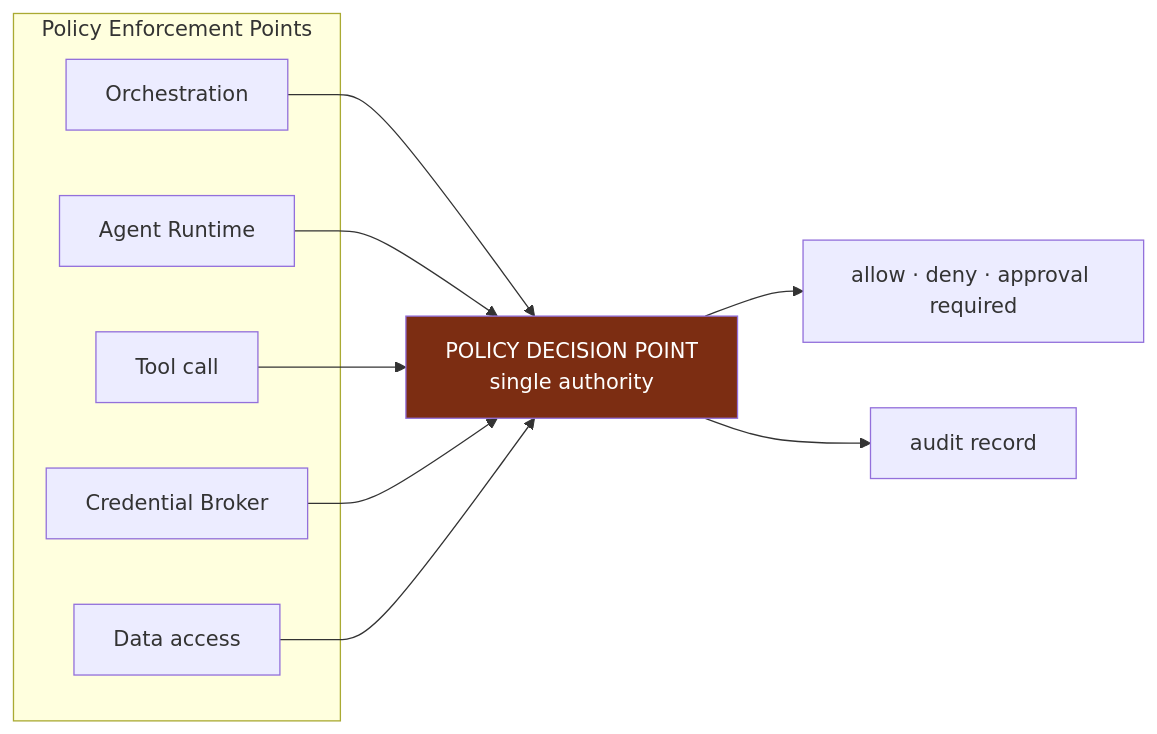
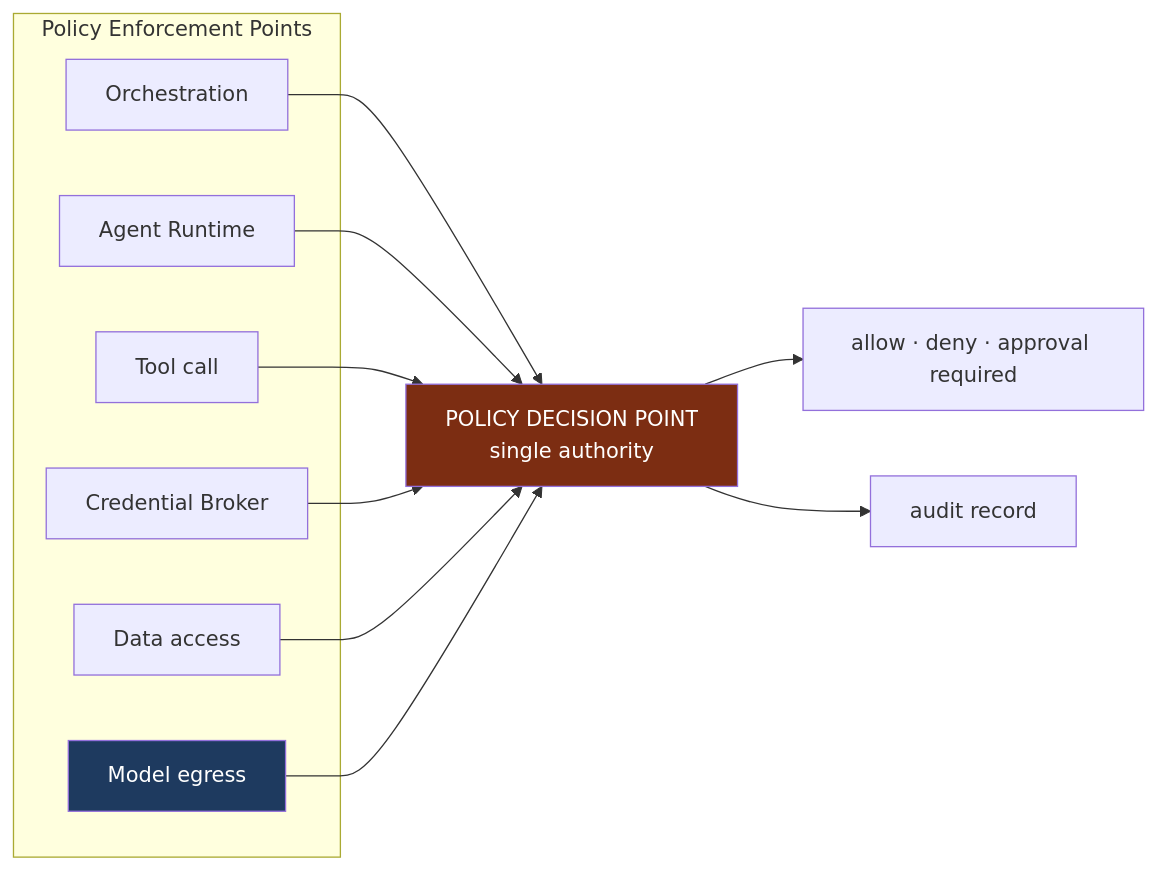
One commit to Jamersontech/Nova changed the diagram in docs/architecture/PERMISSION_ARCHITECTURE.md. Above: the diagram before and after it, drawn with Mermaid. The commit also changed other lines of this file and 23 other files, not shown here.

First line of the commit message:
feat(section-5): AI architecture and model gateway

````diff
--- a/docs/architecture/PERMISSION_ARCHITECTURE.md
+++ b/docs/architecture/PERMISSION_ARCHITECTURE.md
@@ -24,20 +24,23 @@
 ```mermaid
 flowchart LR
     subgraph PEP["Policy Enforcement Points"]
         O["Orchestration"]
         A["Agent Runtime"]
         T["Tool call"]
         C["Credential Broker"]
         D["Data access"]
+        M["Model egress"]
     end
     PDP["POLICY DECISION POINT<br/>single authority"]
     O --> PDP
     A --> PDP
     T --> PDP
     C --> PDP
     D --> PDP
+    M --> PDP
     PDP --> R["allow · deny · approval required"]
     PDP --> AU["audit record"]
 
     style PDP fill:#7c2d12,color:#fff
+    style M fill:#1e3a5f,color:#fff
 ```
````
